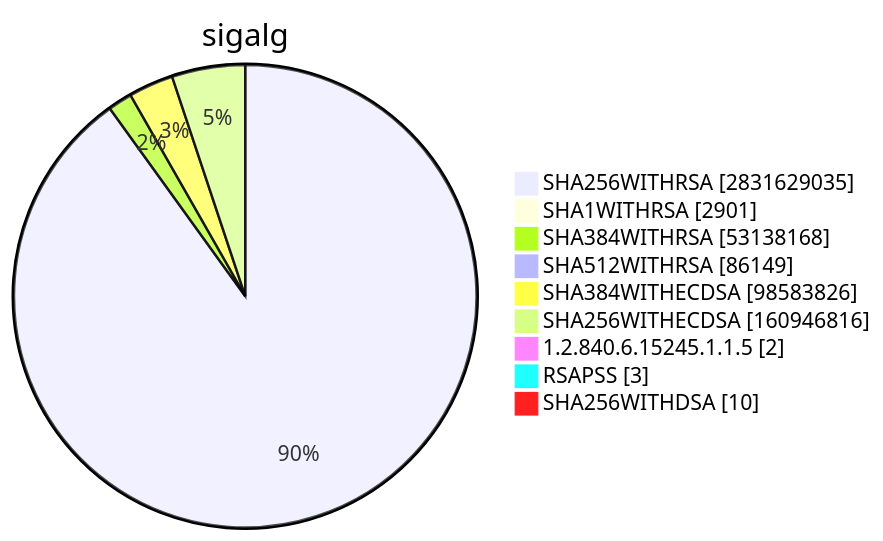
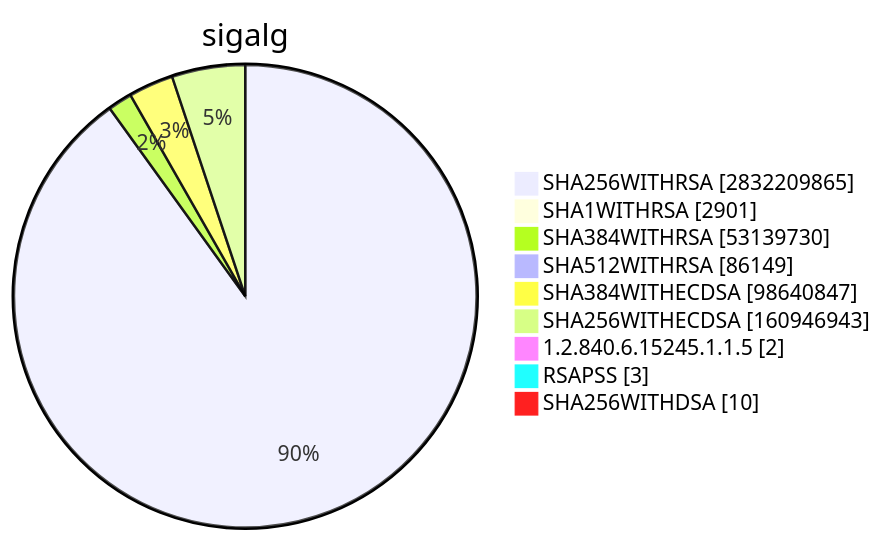
One commit to christiankrug/ctmonitor_visualization changed diagram 15 of 15 in TOTAL/README.md. Above: the diagram before and after it, drawn with Mermaid. The commit also changed other lines of this file, not shown here.

````diff
--- a/TOTAL/README.md
+++ b/TOTAL/README.md
@@ -6207,13 +6207,13 @@
 ```mermaid
 pie showData
 title sigalg
-"SHA256WITHRSA" :2831629035
+"SHA256WITHRSA" :2832209865
 "SHA1WITHRSA" :2901
-"SHA384WITHRSA" :53138168
+"SHA384WITHRSA" :53139730
 "SHA512WITHRSA" :86149
-"SHA384WITHECDSA" :98583826
-"SHA256WITHECDSA" :160946816
+"SHA384WITHECDSA" :98640847
+"SHA256WITHECDSA" :160946943
 "1.2.840.6.15245.1.1.5" :2
 "RSAPSS" :3
 "SHA256WITHDSA" :10
 ```
````
